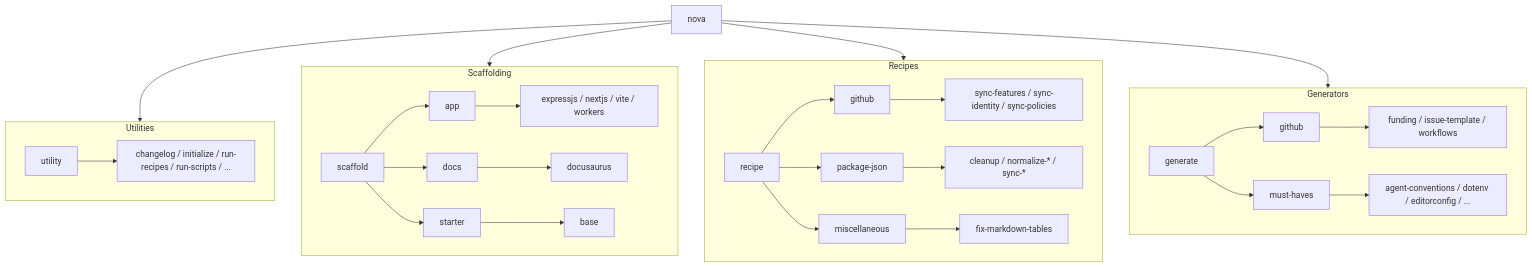
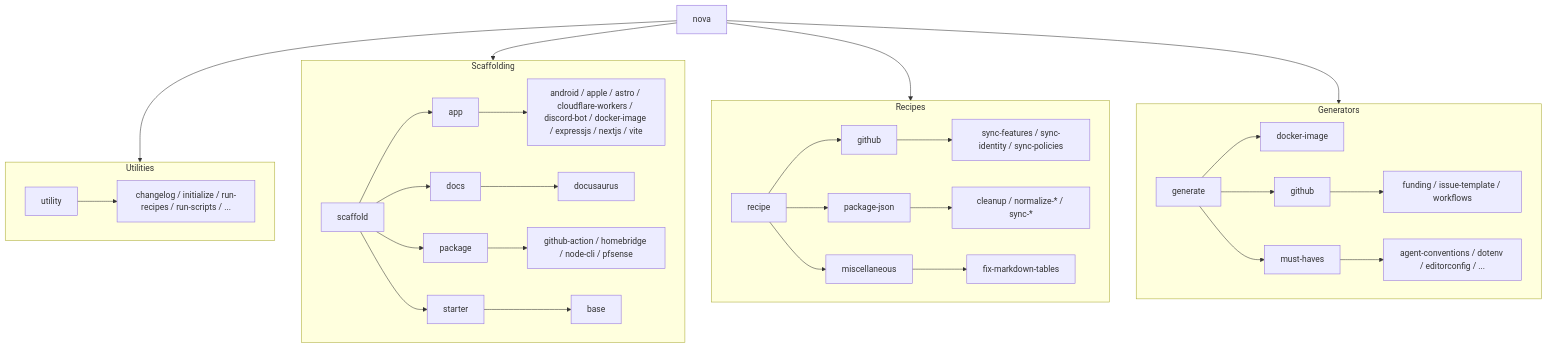
Before and after one commit to cbnventures/nova: the diagram in apps/docs/docs/cli/index.mdx, drawn with Mermaid. The commit also changed other lines of this file and 378 other files, not shown here.

````diff
--- a/apps/docs/docs/cli/index.mdx
+++ b/apps/docs/docs/cli/index.mdx
@@ -61,32 +61,34 @@
 ```mermaid
 flowchart TD
     CLI[nova] --> GEN[generate]
     CLI --> RCP[recipe]
     CLI --> SCAF[scaffold]
     CLI --> UTIL[utility]
 
     subgraph Generators
         direction LR
+        GEN --> DOCKERGEN[docker-image]
         GEN --> GH[github] --> GH1[funding / issue-template / workflows]
         GEN --> MUST[must-haves] --> MUST1[agent-conventions / dotenv / editorconfig / ...]
     end
 
     subgraph Recipes
         direction LR
         RCP --> GHR[github] --> GHR1[sync-features / sync-identity / sync-policies]
         RCP --> PKG[package-json] --> PKG1[cleanup / normalize-* / sync-*]
         RCP --> MISC[miscellaneous] --> MISC1[fix-markdown-tables]
     end
 
     subgraph Scaffolding
         direction LR
-        SCAF --> APP[app] --> APP1[expressjs / nextjs / vite / workers]
+        SCAF --> APP[app] --> APP1[android / apple / astro / cloudflare-workers / discord-bot / docker-image / expressjs / nextjs / vite]
         SCAF --> DOCS[docs] --> DOCS1[docusaurus]
+        SCAF --> PACKAGE[package] --> PACKAGE1[github-action / homebridge / node-cli / pfsense]
         SCAF --> START[starter] --> START1[base]
     end
 
     subgraph Utilities
         direction LR
         UTIL --> UTIL1[changelog / initialize / run-recipes / run-scripts / ...]
     end
 ```
````
